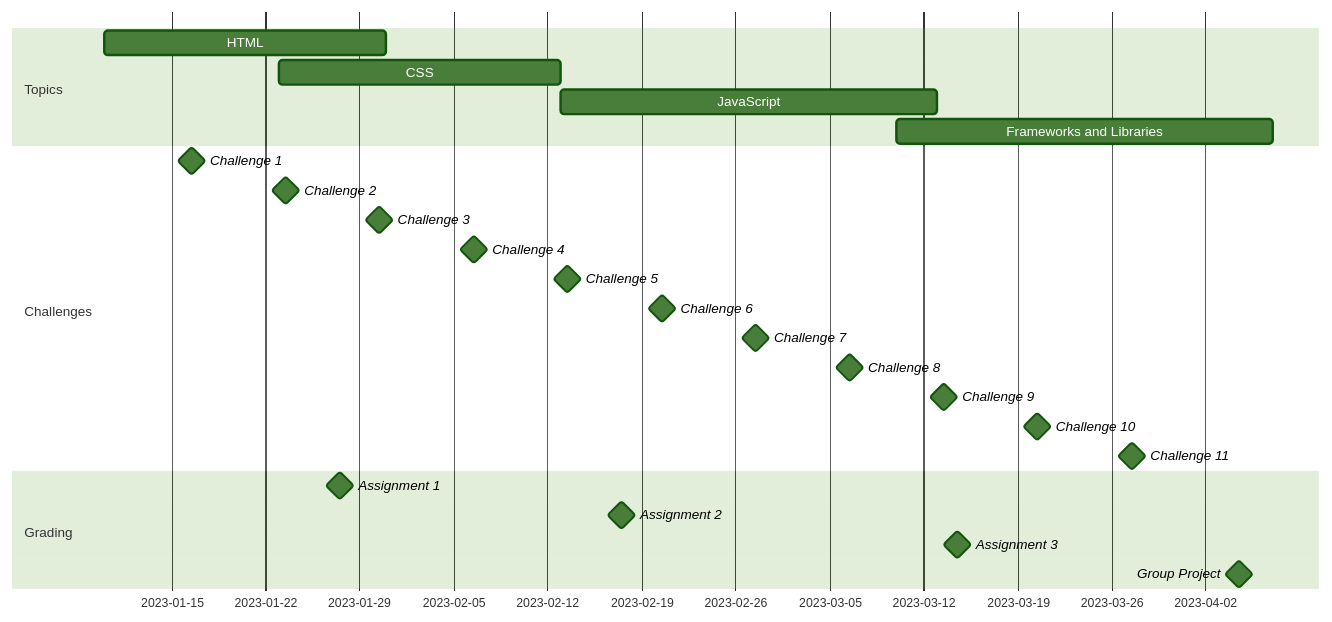
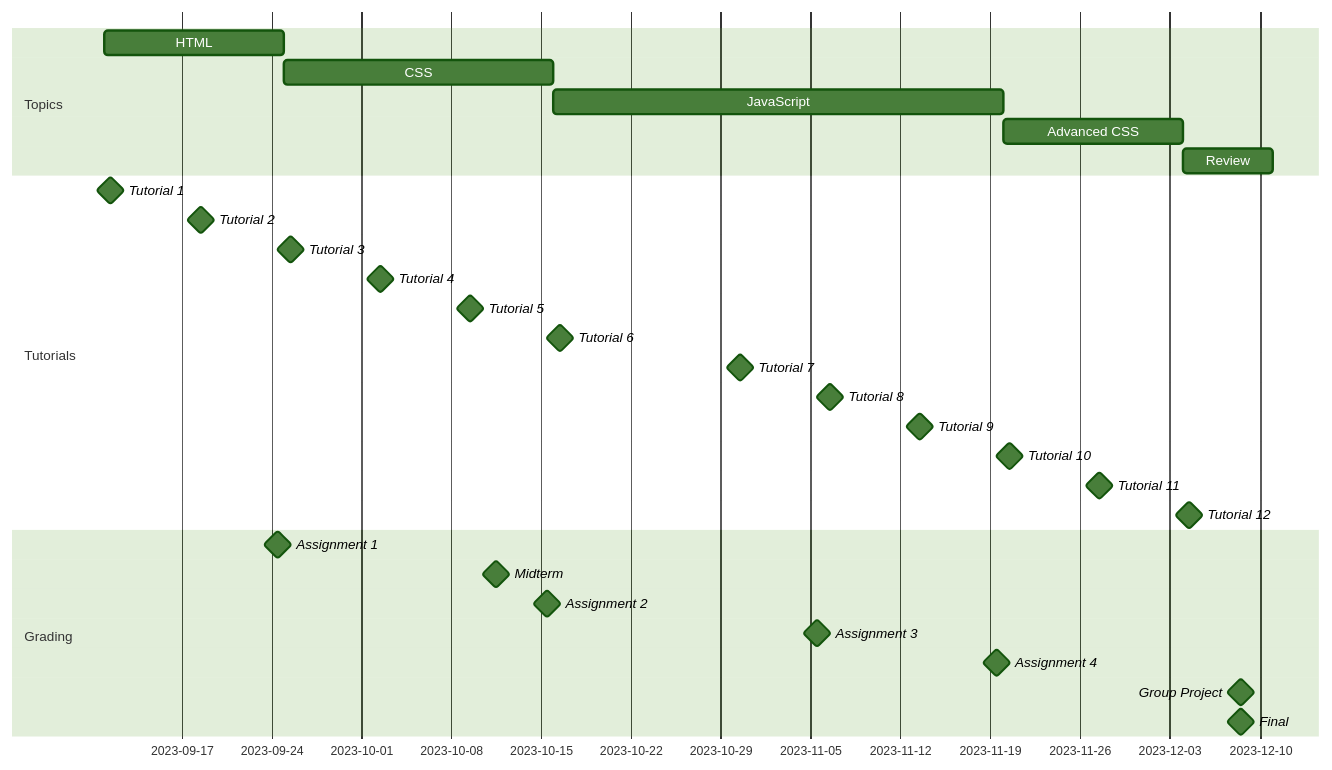
One commit to irm1005-itec1005-fall-2023/lecture-slides changed the diagram in pages/intro/course.md. Above: the diagram before and after it, drawn with Mermaid (forest theme). The commit also changed other lines of this file and 11 other files, not shown here.

````diff
--- a/pages/intro/course.md
+++ b/pages/intro/course.md
@@ -107,30 +92,35 @@
 ```mermaid
 gantt
     todayMarker off
     dateFormat  YYYY-MM-DD
     
     section Topics
-    HTML :a, 2023-01-10, 3w 
-    CSS :b, 2023-01-23, 3w 
-    JavaScript :c, after a b, 4w
-    Frameworks and Libraries :d, 2023-03-10, 4w
+    HTML :a, 2023-09-11, 2w 
+    CSS :b, 2023-09-25, 3w 
+    JavaScript :c, after a b, 5w
+    Advanced CSS :d, after c, 2w 
+    Review :e, after d, 1w 
 
-    section Challenges
-    Challenge 1  :milestone, m1, 2023-01-16,1d
-    Challenge 2  :milestone, m2, 2023-01-23,1d
-    Challenge 3  :milestone, m3, 2023-01-30,1d
-    Challenge 4  :milestone, m3, 2023-02-06,1d
-    Challenge 5  :milestone, m4, 2023-02-13,1d
-    Challenge 6  :milestone, m5, 2023-02-20,1d
-    Challenge 7  :milestone, m6, 2023-02-27,1d
-    Challenge 8  :milestone, m7, 2023-03-06,1d
-    Challenge 9  :milestone, m8, 2023-03-13,1d
-    Challenge 10  :milestone, m9, 2023-03-20,1d
-    Challenge 11  :milestone, m10, 2023-03-27,1d
+    section Tutorials
+    Tutorial 1  :milestone, m1, 2023-09-11,1d
+    Tutorial 2  :milestone, m2, 2023-09-18,1d
+    Tutorial 3  :milestone, m3, 2023-09-25,1d
+    Tutorial 4  :milestone, m4, 2023-10-02,1d
+    Tutorial 5  :milestone, m5, 2023-10-09,1d
+    Tutorial 6  :milestone, m6, 2023-10-16,1d
+    Tutorial 7  :milestone, m7, 2023-10-30,1d
+    Tutorial 8  :milestone, m8, 2023-11-06,1d
+    Tutorial 9  :milestone, m9, 2023-11-13,1d
+    Tutorial 10  :milestone, m10, 2023-11-20,1d
+    Tutorial 11  :milestone, m11, 2023-11-27,1d
+    Tutorial 12  :milestone, m12, 2023-12-04,1d
 
     section Grading
-    Assignment 1  :milestone, ma1, 2023-01-27,1d
-    Assignment 2  :milestone, ma2, 2023-02-17,1d
-    Assignment 3  :milestone, ma3, 2023-03-14,1d
-    Group Project  :milestone, ma4, 2023-04-04,1d
+    Assignment 1  :milestone, ma1, 2023-09-24,1d
+    Midterm :milestone, ma6, 2023-10-11,1d
+    Assignment 2  :milestone, ma2, 2023-10-15,1d
+    Assignment 3  :milestone, ma3, 2023-11-05,1d
+    Assignment 4  :milestone, ma4, 2023-11-19,1d
+    Group Project  :milestone, ma5, 2023-12-08,1d
+    Final :milestone, ma7, 2023-12-08,1d
 ```
````
